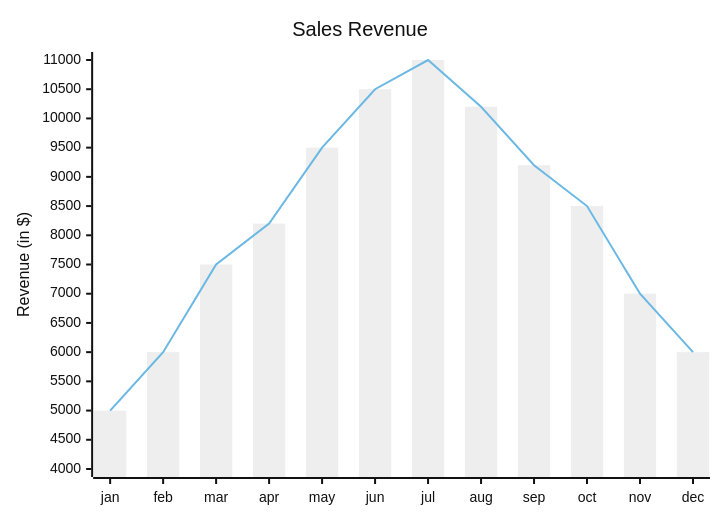
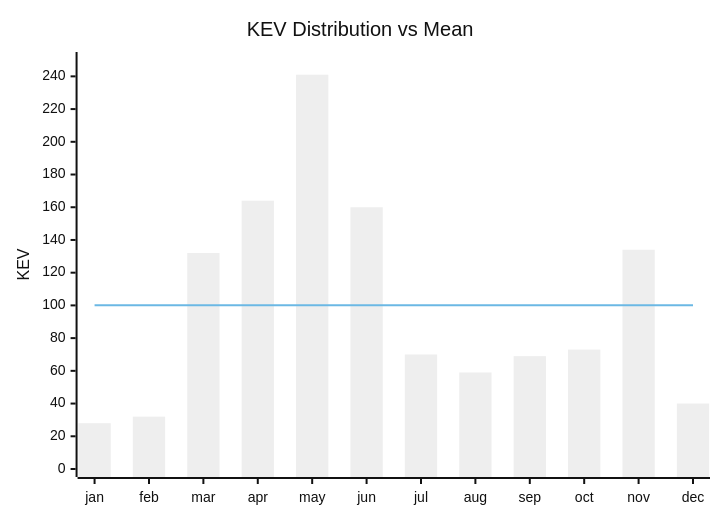
One commit to myseq/makeshift changed the diagram in mdfiles/cisakev36m.md. Above: the diagram before and after it, drawn with Mermaid (neutral theme). The commit also changed other lines of this file, not shown here.

Commit message:
updated data

````diff
--- a/mdfiles/cisakev36m.md
+++ b/mdfiles/cisakev36m.md
@@ -3,9 +3,9 @@
 ```mermaid
 xychart
-    title "Sales Revenue"
+    title "KEV Distribution vs Mean"
     x-axis [jan, feb, mar, apr, may, jun, jul, aug, sep, oct, nov, dec]
-    y-axis "Revenue (in $)" 4000 --> 11000
-    bar [5000, 6000, 7500, 8200, 9500, 10500, 11000, 10200, 9200, 8500, 7000, 6000]
-    line [5000, 6000, 7500, 8200, 9500, 10500, 11000, 10200, 9200, 8500, 7000, 6000]
+    y-axis "KEV" 0 --> 250
+    bar [28, 32, 132, 164, 241, 160, 70, 59, 69, 73, 134, 40]
+    line [100.16, 100.16, 100.16, 100.16, 100.16, 100.16, 100.16, 100.16, 100.16, 100.16, 100.16, 100.16]
 
 ```
````
